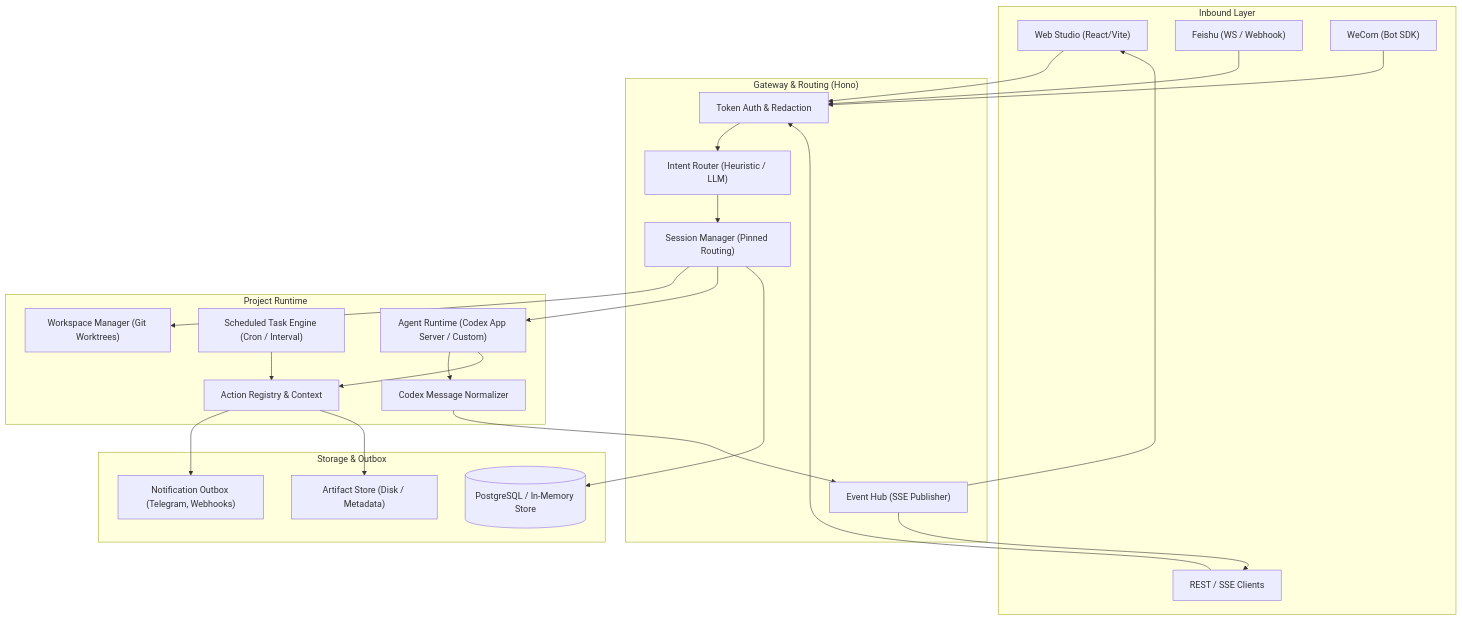
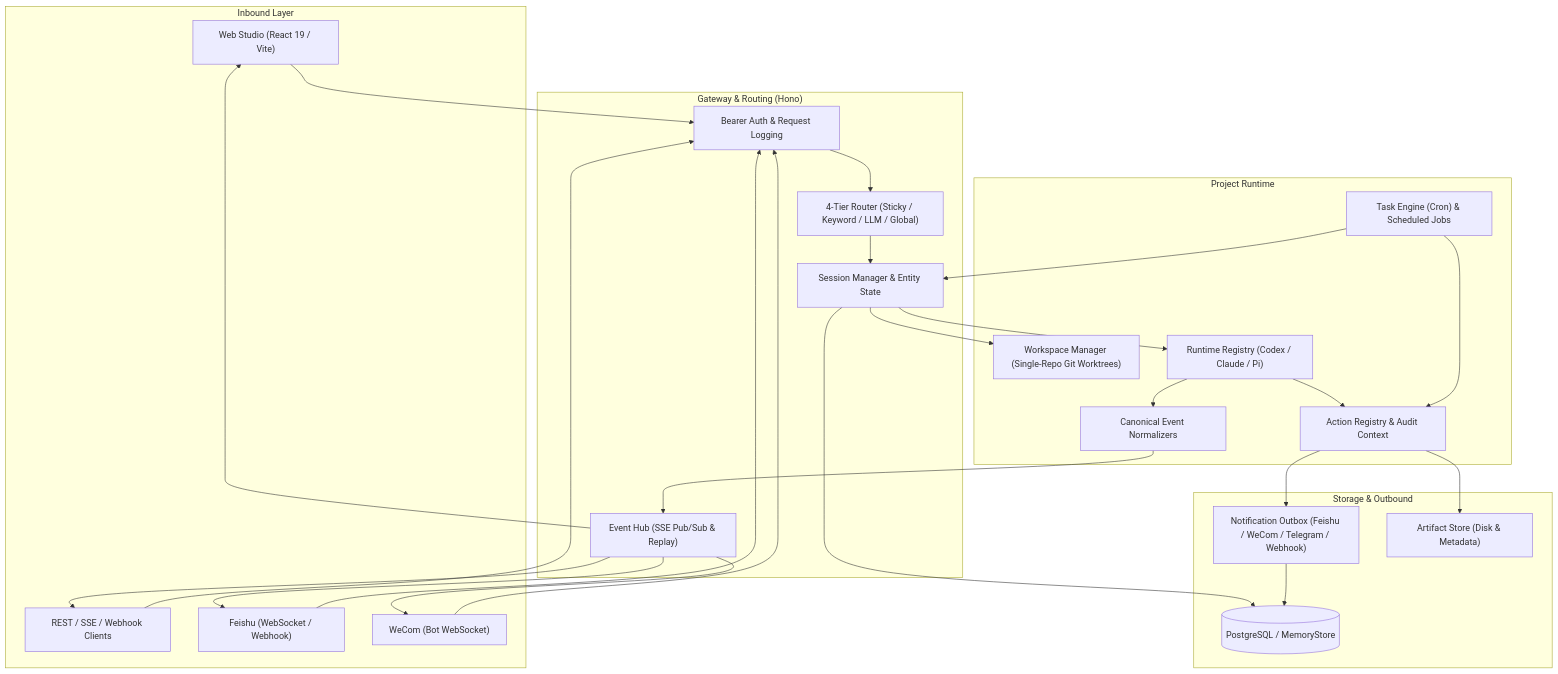
Before and after one commit to wnnce/agent-orchestrator: the diagram in README.md, drawn with Mermaid. The commit also changed other lines of this file and 1 other file, not shown here.

Commit message:
docs: update readme files to match current architecture

````diff
--- a/README.md
+++ b/README.md
@@ -37,50 +37,54 @@
 ```mermaid
 flowchart TD
     subgraph Inbound["Inbound Layer"]
-        UI["Web Studio (React/Vite)"]
-        API["REST / SSE Clients"]
-        FS["Feishu (WS / Webhook)"]
-        WC["WeCom (Bot SDK)"]
+        UI["Web Studio (React 19 / Vite)"]
+        API["REST / SSE / Webhook Clients"]
+        FS["Feishu (WebSocket / Webhook)"]
+        WC["WeCom (Bot WebSocket)"]
     end
 
     subgraph Gateway["Gateway & Routing (Hono)"]
-        Auth["Token Auth & Redaction"]
-        Router["Intent Router (Heuristic / LLM)"]
-        SessionMgr["Session Manager (Pinned Routing)"]
-        EventHub["Event Hub (SSE Publisher)"]
+        Auth["Bearer Auth & Request Logging"]
+        Router["4-Tier Router (Sticky / Keyword / LLM / Global)"]
+        SessionMgr["Session Manager & Entity State"]
+        EventHub["Event Hub (SSE Pub/Sub & Replay)"]
     end
 
     subgraph Execution["Project Runtime"]
-        WkMgr["Workspace Manager (Git Worktrees)"]
-        ActionReg["Action Registry & Context"]
-        TaskEng["Scheduled Task Engine (Cron / Interval)"]
-        Normalizer["Codex Message Normalizer"]
-        Runtime["Agent Runtime (Codex App Server / Custom)"]
+        WkMgr["Workspace Manager (Single-Repo Git Worktrees)"]
+        ActionReg["Action Registry & Audit Context"]
+        TaskEng["Task Engine (Cron) & Scheduled Jobs"]
+        RuntimeReg["Runtime Registry (Codex / Claude / Pi)"]
+        Normalizer["Canonical Event Normalizers"]
     end
 
-    subgraph Persistence["Storage & Outbox"]
-        DB[("PostgreSQL / In-Memory Store")]
-        Outbox["Notification Outbox (Telegram, Webhooks)"]
-        Artifacts["Artifact Store (Disk / Metadata)"]
+    subgraph Persistence["Storage & Outbound"]
+        DB[("PostgreSQL / MemoryStore")]
+        Outbox["Notification Outbox (Feishu / WeCom / Telegram / Webhook)"]
+        Artifacts["Artifact Store (Disk & Metadata)"]
     end
 
     UI --> Auth
     API --> Auth
     FS --> Auth
     WC --> Auth
 
     Auth --> Router
     Router --> SessionMgr
     SessionMgr --> WkMgr
-    SessionMgr --> Runtime
-    Runtime --> Normalizer
+    SessionMgr --> RuntimeReg
+    RuntimeReg --> Normalizer
     Normalizer --> EventHub
     EventHub --> UI
     EventHub --> API
+    EventHub --> FS
+    EventHub --> WC
 
-    Runtime --> ActionReg
+    RuntimeReg --> ActionReg
     TaskEng --> ActionReg
+    TaskEng --> SessionMgr
     ActionReg --> Outbox
     ActionReg --> Artifacts
     SessionMgr --> DB
+    Outbox --> DB
 ```
````
